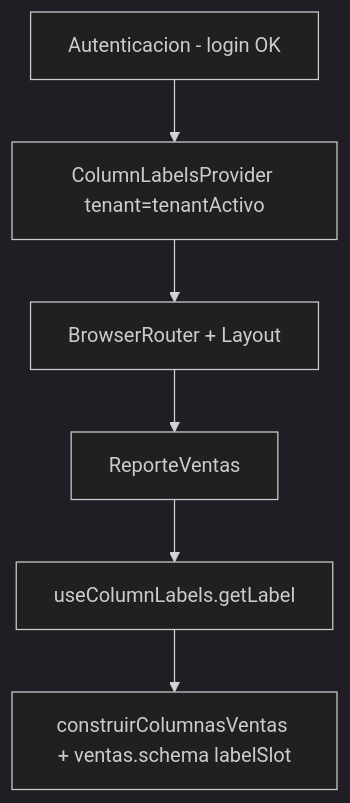
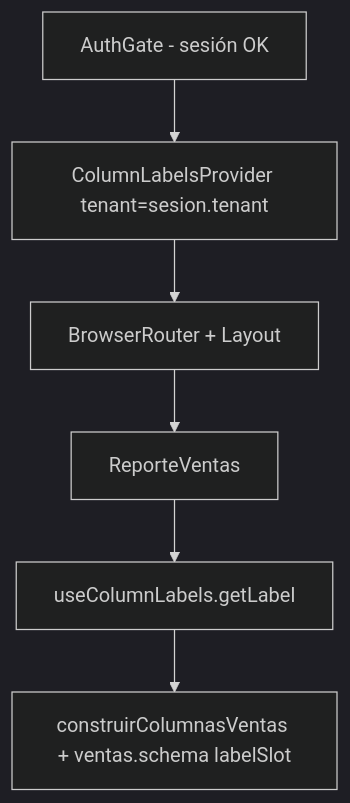
The diagram in docs/jira/tasks/07-frontend.md (99-Soluciones/rep-gen), drawn with Mermaid (dark theme) before and after one commit. The commit also changed other lines of this file and 133 other files, not shown here.

````diff
--- a/docs/jira/tasks/07-frontend.md
+++ b/docs/jira/tasks/07-frontend.md
@@ -144,8 +147,8 @@
 ```mermaid
 flowchart TB
-  LOGIN[Autenticacion - login OK] --> PROV[ColumnLabelsProvider tenant=tenantActivo]
+  LOGIN[AuthGate - sesión OK] --> PROV[ColumnLabelsProvider tenant=sesion.tenant]
   PROV --> ROUTER[BrowserRouter + Layout]
   ROUTER --> VENTAS[ReporteVentas]
   VENTAS --> HOOK[useColumnLabels.getLabel]
   HOOK --> AG[construirColumnasVentas + ventas.schema labelSlot]
 ```
````
